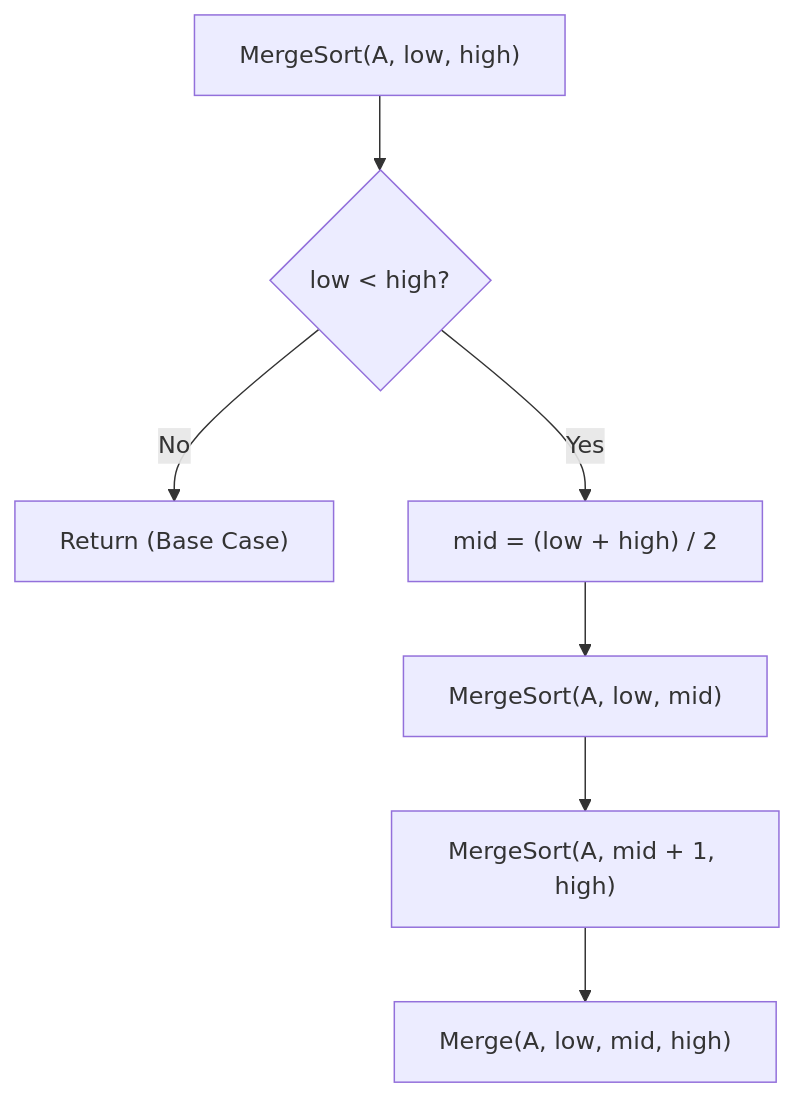
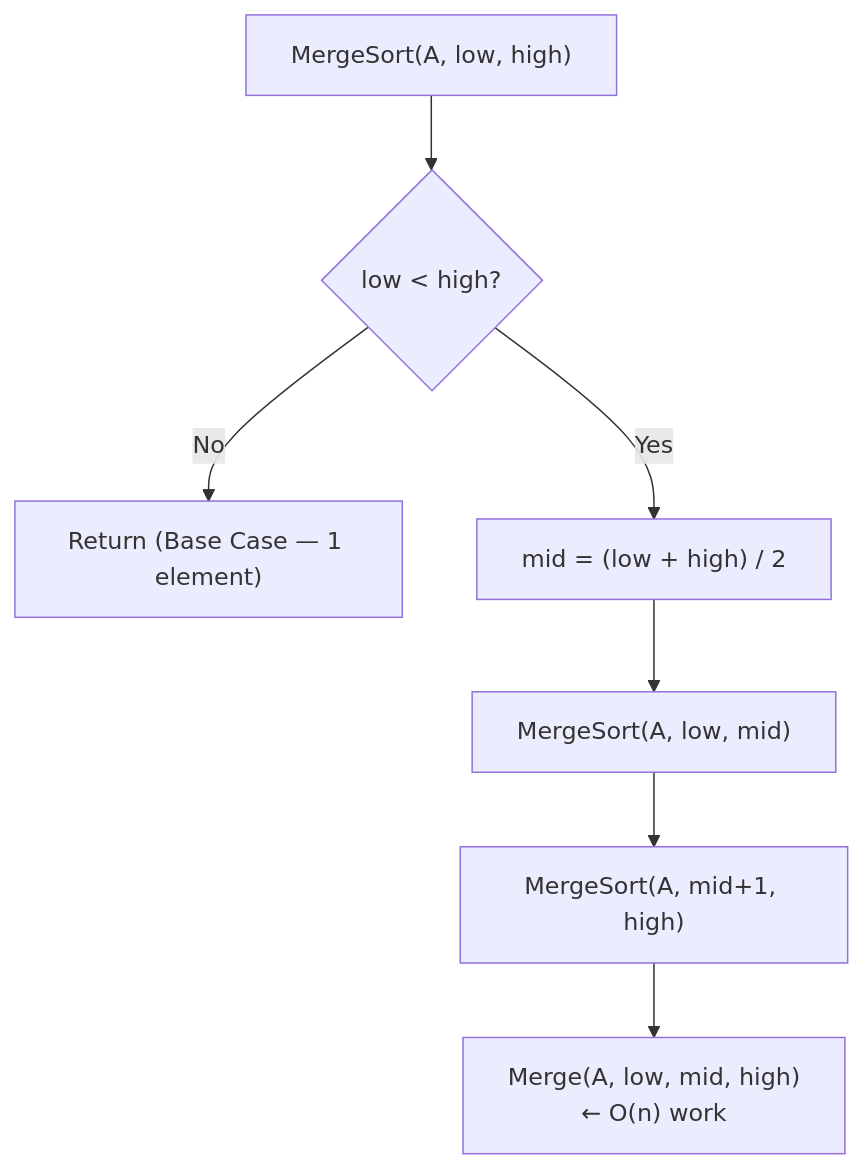
One commit to DeepLumiere/DeepSkills changed the third of 6 diagrams in notes/design_and_analysis_of_algorithms/Unit_03_Recurrence_and_Divide_Conquer.md. Above: the diagram before and after it, drawn with Mermaid. The commit also changed other lines of this file and 1 other file, not shown here.

````diff
--- a/notes/design_and_analysis_of_algorithms/Unit_03_Recurrence_and_Divide_Conquer.md
+++ b/notes/design_and_analysis_of_algorithms/Unit_03_Recurrence_and_Divide_Conquer.md
@@ -711,17 +478,9 @@
 ```mermaid
-
 flowchart TD
-
     Start["MergeSort(A, low, high)"] --> Check{"low < high?"}
-
-    Check -- No --> Ret["Return (Base Case)"]
-
+    Check -- No --> Ret["Return (Base Case — 1 element)"]
     Check -- Yes --> Mid["mid = (low + high) / 2"]
-
-    Mid --> RecL["MergeSort(A, low, mid)"]
-
-    RecL --> RecR["MergeSort(A, mid + 1, high)"]
-
-    RecR --> Combine["Merge(A, low, mid, high)"]
-
+    Mid --> RL["MergeSort(A, low, mid)"]
+    RL --> RR["MergeSort(A, mid+1, high)"]
+    RR --> M["Merge(A, low, mid, high)\n← O(n) work"]
 ```
````
